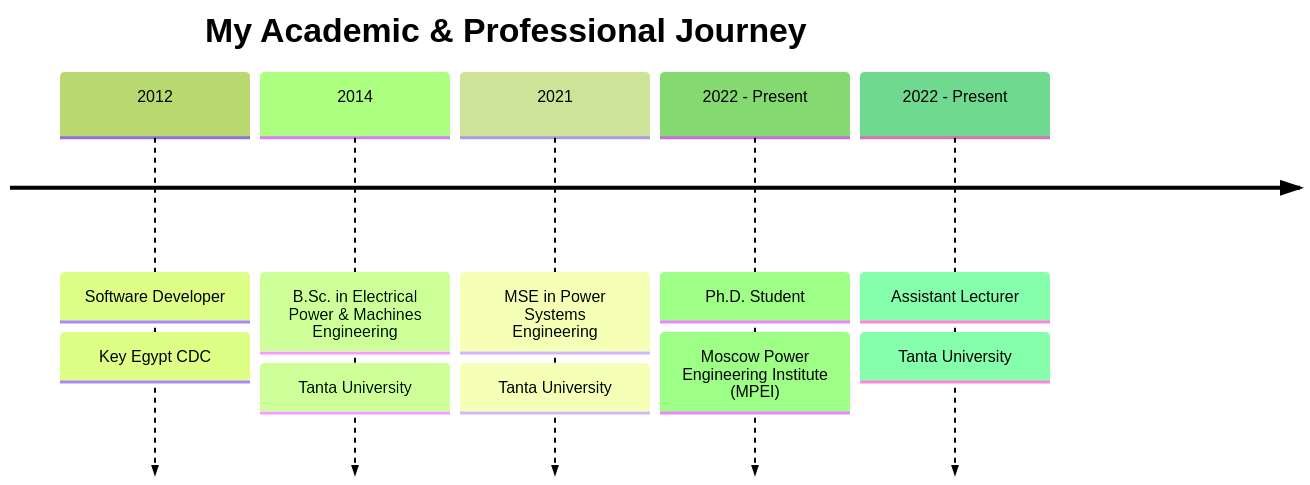
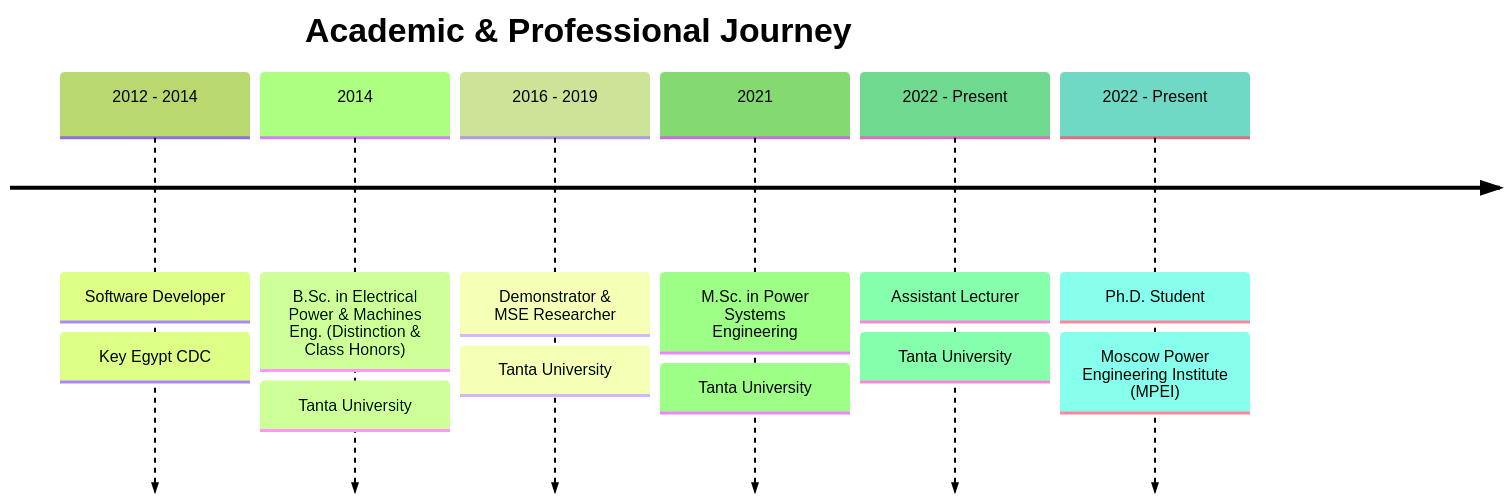
Before and after one commit to ahmelkholy/ahmelkholy: the diagram in README.md, drawn with Mermaid (forest theme). The commit also changed other lines of this file, not shown here.

````diff
--- a/README.md
+++ b/README.md
@@ -40,9 +41,10 @@
 ```mermaid
 timeline
-    title My Academic & Professional Journey
-    2012 : Software Developer : Key Egypt CDC
-    2014 : B.Sc. in Electrical Power & Machines Engineering : Tanta University
-    2021 : MSE in Power Systems Engineering : Tanta University
+    title Academic & Professional Journey
+    2012 - 2014 : Software Developer : Key Egypt CDC
+    2014 : B.Sc. in Electrical Power & Machines Eng. (Distinction & Class Honors) : Tanta University
+    2016 - 2019 : Demonstrator & MSE Researcher : Tanta University
+    2021 : M.Sc. in Power Systems Engineering : Tanta University
+    2022 - Present : Assistant Lecturer : Tanta University
     2022 - Present : Ph.D. Student : Moscow Power Engineering Institute (MPEI)
-    2022 - Present : Assistant Lecturer : Tanta University
 ```
````
